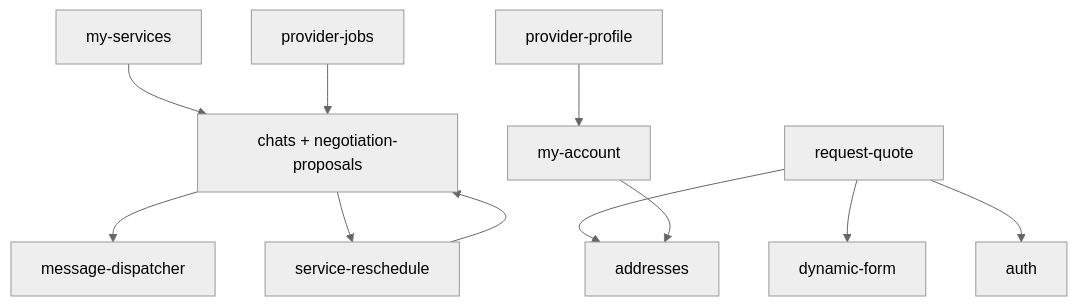
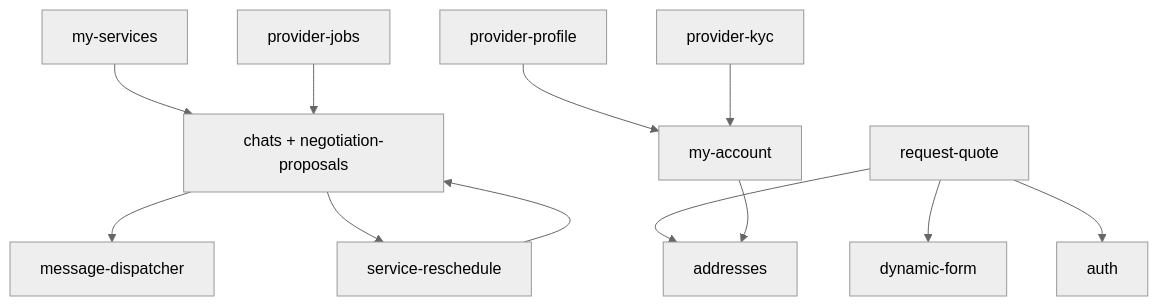
One commit to higorpo/renovi-orbit-test changed the diagram in docs/business/02-mapa-de-modulos-e-features.md. Above: the diagram before and after it, drawn with Mermaid (neutral theme). The commit also changed other lines of this file and 101 other files, not shown here.

````diff
--- a/docs/business/02-mapa-de-modulos-e-features.md
+++ b/docs/business/02-mapa-de-modulos-e-features.md
@@ -76,24 +77,26 @@
 ```mermaid
 flowchart TB
   RQ[request-quote]
   DF[dynamic-form]
   AD[addresses]
   AU[auth]
   CM[my-services]
   PJ[provider-jobs]
   PP[provider-profile]
   MA[my-account]
+  PK[provider-kyc]
   CH[chats + negotiation-proposals]
   SR[service-reschedule]
   MD[message-dispatcher]
   RQ --> DF
   RQ --> AD
   RQ --> AU
   CM --> CH
   MA --> AD
   PP --> MA
   PJ --> CH
   CH --> MD
   CH --> SR
   SR --> CH
+  PK --> MA
 ```
````
